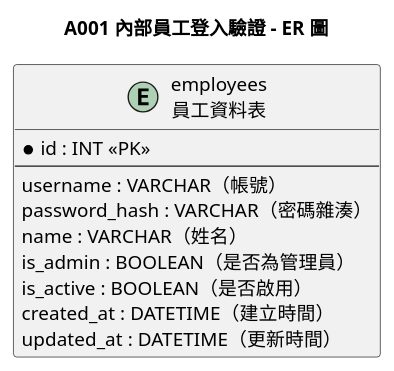
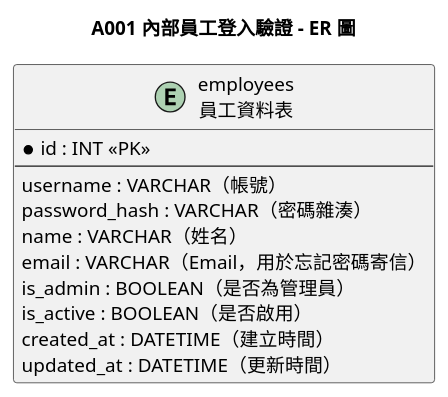
The diagram in output/A001/A001-er.puml (teyhawzhe/bento-uml), drawn with PlantUML before and after one commit. The commit also changed 37 other files, not shown here.

```diff
--- a/output/A001/A001-er.puml
+++ b/output/A001/A001-er.puml
@@ -1,17 +1,18 @@
 @startuml A001-er
 
 title A001 內部員工登入驗證 - ER 圖
 
 entity "employees\n員工資料表" as employees {
   * id : INT <<PK>>
   --
   username : VARCHAR（帳號）
   password_hash : VARCHAR（密碼雜湊）
   name : VARCHAR（姓名）
+  email : VARCHAR（Email，用於忘記密碼寄信）
   is_admin : BOOLEAN（是否為管理員）
   is_active : BOOLEAN（是否啟用）
   created_at : DATETIME（建立時間）
   updated_at : DATETIME（更新時間）
 }
 
 @enduml
```
